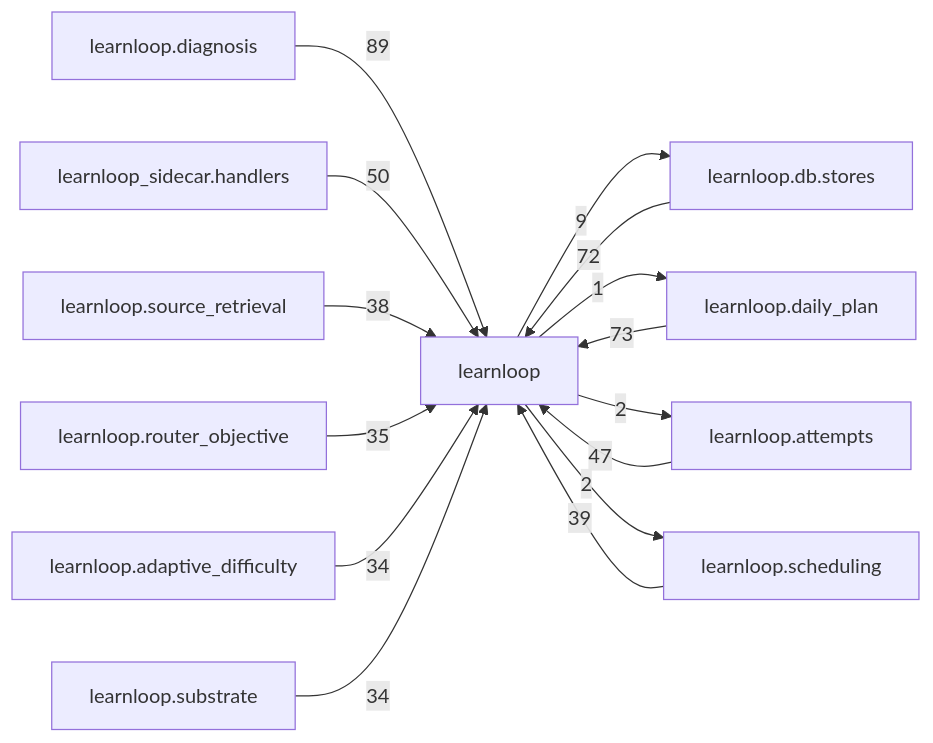
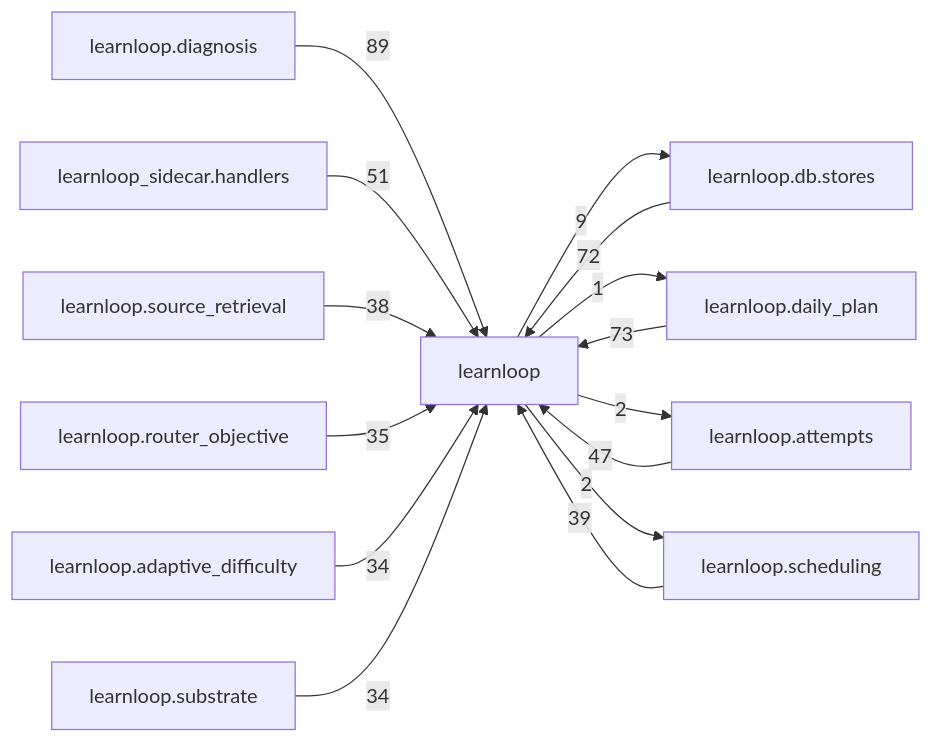
Before and after one commit to 6up-b/learnanything: the diagram in docs/learnloop-architecture-vault/Reference/Modules/learnloop/_package.md, drawn with Mermaid. The commit also changed other lines of this file and 67 other files, not shown here.

````diff
--- a/docs/learnloop-architecture-vault/Reference/Modules/learnloop/_package.md
+++ b/docs/learnloop-architecture-vault/Reference/Modules/learnloop/_package.md
@@ -271,28 +271,28 @@
 ```mermaid
 flowchart LR
     center["learnloop"]
     n_learnloop_diagnosis["learnloop.diagnosis"]
     n_learnloop_db_stores["learnloop.db.stores"]
     n_learnloop_daily_plan["learnloop.daily_plan"]
     n_learnloop_sidecar_handlers["learnloop_sidecar.handlers"]
     n_learnloop_attempts["learnloop.attempts"]
     n_learnloop_scheduling["learnloop.scheduling"]
     n_learnloop_source_retrieval["learnloop.source_retrieval"]
     n_learnloop_router_objective["learnloop.router_objective"]
     n_learnloop_adaptive_difficulty["learnloop.adaptive_difficulty"]
     n_learnloop_substrate["learnloop.substrate"]
     n_learnloop_diagnosis -->|89| center
     n_learnloop_db_stores -->|72| center
     center -->|9| n_learnloop_db_stores
     n_learnloop_daily_plan -->|73| center
     center -->|1| n_learnloop_daily_plan
-    n_learnloop_sidecar_handlers -->|50| center
+    n_learnloop_sidecar_handlers -->|51| center
     n_learnloop_attempts -->|47| center
     center -->|2| n_learnloop_attempts
     n_learnloop_scheduling -->|39| center
     center -->|2| n_learnloop_scheduling
     n_learnloop_source_retrieval -->|38| center
     n_learnloop_router_objective -->|35| center
     n_learnloop_adaptive_difficulty -->|34| center
     n_learnloop_substrate -->|34| center
 ```
````
